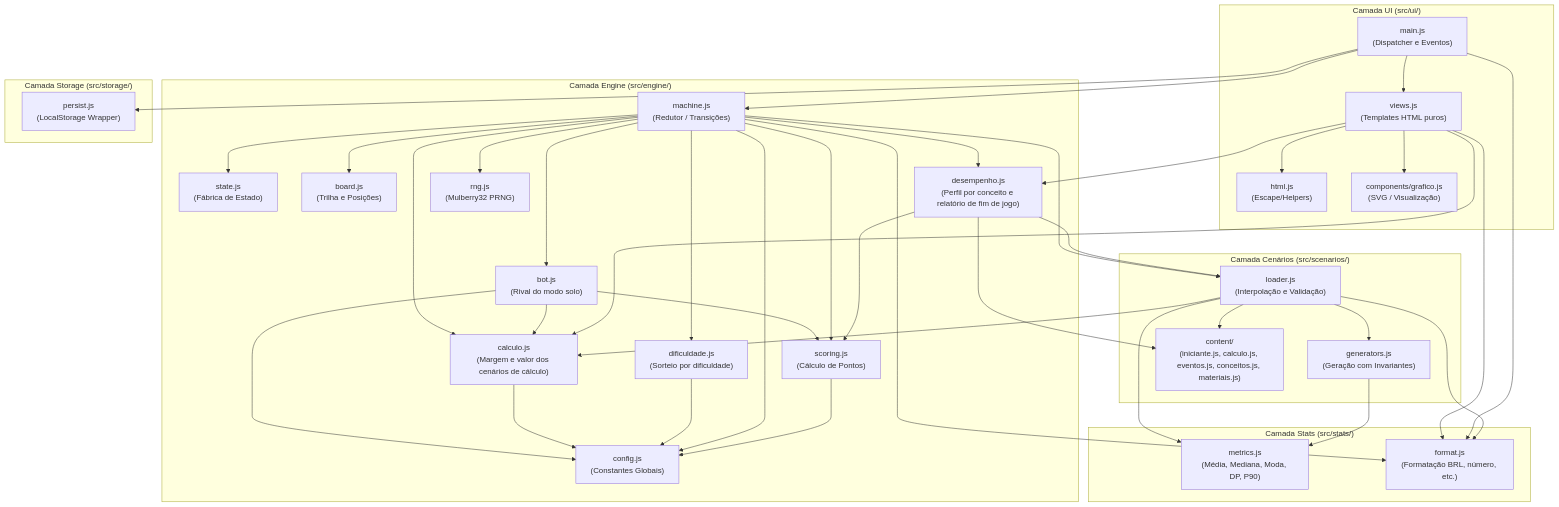
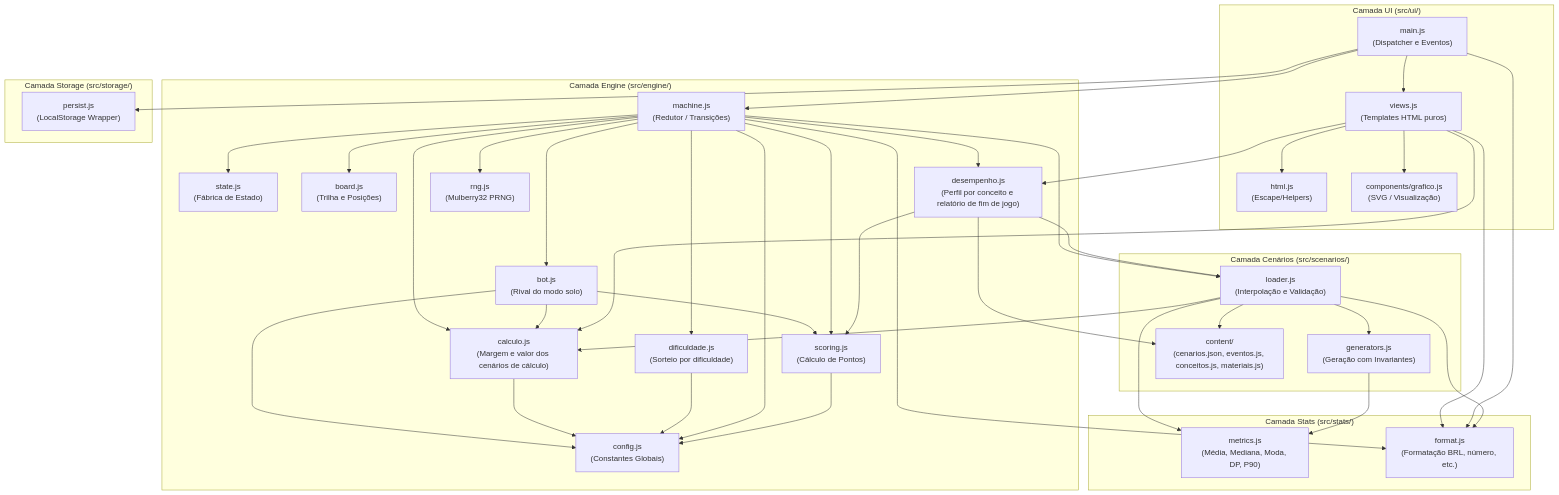
Before and after one commit to luiz2801/RFisher: the fourth of 4 diagrams in docs/diagramas-uml.md, drawn with Mermaid. The commit also changed other lines of this file and 18 other files, not shown here.

````diff
--- a/docs/diagramas-uml.md
+++ b/docs/diagramas-uml.md
@@ -297,77 +299,77 @@
 ```mermaid
 graph TD
     subgraph UI_Layer["Camada UI (src/ui/)"]
         MAIN["main.js<br/>(Dispatcher e Eventos)"]
         VIEWS["views.js<br/>(Templates HTML puros)"]
         HTML["html.js<br/>(Escape/Helpers)"]
         GRAFICO["components/grafico.js<br/>(SVG / Visualização)"]
     end
 
     subgraph Engine_Layer["Camada Engine (src/engine/)"]
         MACHINE["machine.js<br/>(Redutor / Transições)"]
         STATE["state.js<br/>(Fábrica de Estado)"]
         BOARD["board.js<br/>(Trilha e Posições)"]
         DIFICULDADE["dificuldade.js<br/>(Sorteio por dificuldade)"]
         BOT["bot.js<br/>(Rival do modo solo)"]
         SCORING["scoring.js<br/>(Cálculo de Pontos)"]
         CALCULO["calculo.js<br/>(Margem e valor dos cenários de cálculo)"]
         DESEMPENHO["desempenho.js<br/>(Perfil por conceito e relatório de fim de jogo)"]
         RNG["rng.js<br/>(Mulberry32 PRNG)"]
         CONFIG["config.js<br/>(Constantes Globais)"]
     end
 
     subgraph Scenarios_Layer["Camada Cenários (src/scenarios/)"]
         LOADER["loader.js<br/>(Interpolação e Validação)"]
         GENERATORS["generators.js<br/>(Geração com Invariantes)"]
-        CONTENT["content/<br/>(iniciante.js, calculo.js, eventos.js, conceitos.js, materiais.js)"]
+        CONTENT["content/<br/>(cenarios.json, eventos.js, conceitos.js, materiais.js)"]
     end
 
     subgraph Stats_Layer["Camada Stats (src/stats/)"]
         METRICS["metrics.js<br/>(Média, Mediana, Moda, DP, P90)"]
         FORMAT["format.js<br/>(Formatação BRL, número, etc.)"]
     end
 
     subgraph Storage_Layer["Camada Storage (src/storage/)"]
         PERSIST["persist.js<br/>(LocalStorage Wrapper)"]
     end
 
     %% Relações
     MAIN --> MACHINE
     MAIN --> VIEWS
     MAIN --> PERSIST
     VIEWS --> GRAFICO
     VIEWS --> HTML
     VIEWS --> DESEMPENHO
 
     MACHINE --> STATE
     MACHINE --> BOARD
     MACHINE --> DIFICULDADE
     MACHINE --> BOT
     MACHINE --> CALCULO
     MACHINE --> FORMAT
     BOT --> CONFIG
     BOT --> CALCULO
     CALCULO --> CONFIG
     VIEWS --> CALCULO
     VIEWS --> FORMAT
     MAIN --> FORMAT
     BOT --> SCORING
     DIFICULDADE --> CONFIG
     MACHINE --> SCORING
     MACHINE --> RNG
     MACHINE --> LOADER
     MACHINE --> CONFIG
     MACHINE --> DESEMPENHO
     DESEMPENHO --> SCORING
     DESEMPENHO --> LOADER
     DESEMPENHO --> CONTENT
 
     LOADER --> GENERATORS
     LOADER --> CONTENT
     LOADER --> METRICS
     LOADER --> FORMAT
     LOADER --> CALCULO
 
     GENERATORS --> METRICS
     SCORING --> CONFIG
 ```
````
